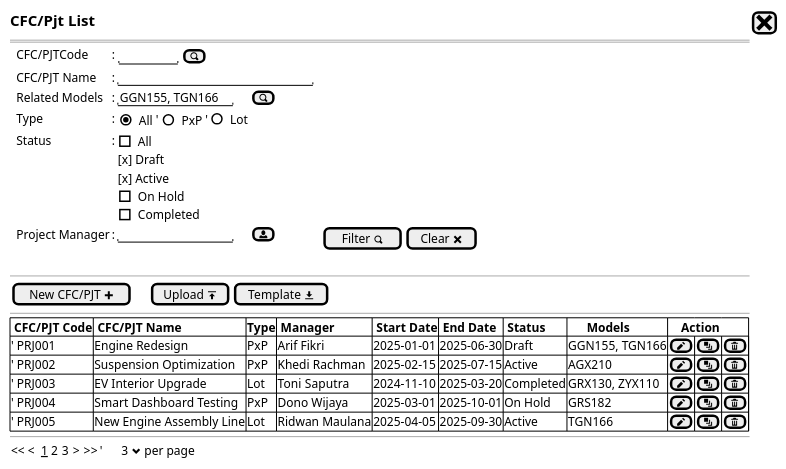
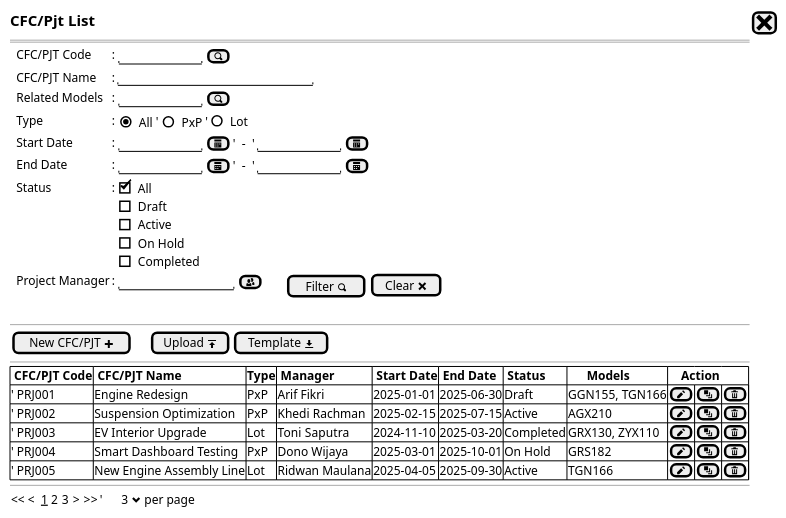
One commit to ari-fikri/packing-cost-mockup changed the diagram in Project/project - new step0b.puml. Above: the diagram before and after it, drawn with PlantUML. The commit also changed 2 other files, not shown here.

Commit message:
Project CRUD - Add start/end date filter - Add lookup project mgr button - CFC/Pjt Code to replace Project Code in header and field name

```diff
--- a/Project/project - new step0b.puml
+++ b/Project/project - new step0b.puml
@@ -1,39 +1,41 @@
 @startsalt
 {
   <size:15><b>CFC/Pjt List | [<size:25><&x>]|*
   ==
   {
-    .|CFC/PJTCode      |: {|"       "|[<&magnifying-glass>]|}*
+    .|CFC/PJT Code      |: {|"          "|[<&magnifying-glass>]|}*
     .|CFC/PJT Name      |: |"                        "|*    
-    .|Related Models    |: |"GGN155, TGN166"| [<&magnifying-glass>]|*
+    .|Related Models    |: {|"          "| [<&magnifying-glass>]|}*
     .|Type              |: {|{(X)All}   '|    {()PxP}        '|   ()Lot}
+    .|Start Date        |: {"          "|[<&calendar>] |'  -  '| "          "|[<&calendar>]  }*
+    .|End Date          |: {"          "|[<&calendar>] |'  -  '| "          "|[<&calendar>]  }*
     .|Status |:|
     {
-      [ ] All
-      [x] Draft
-      [x] Active
-      [ ] On Hold
-      [ ] Completed
+      [X] All
+      [] Draft
+      [] Active
+      [] On Hold
+      [] Completed
     }|*
-    .|Project Manager |: |"              "|[<&person>]|.|[Filter <&magnifying-glass>]|[Clear <&x>]
+    .|Project Manager |: {|"              "|[<&people>]|.|.|.|.||[Filter <&magnifying-glass>]}|[Clear <&x>]
   }
   .
   --
   {
   [New CFC/PJT <&plus>]|.|.|.|[Upload <&data-transfer-upload>]| [Template <&data-transfer-download>]|*
   }
   --
   {#
     |<b> CFC/PJT Code |<b> CFC/PJT Name          |<b>Type|<b> Manager         |<b> Start Date |<b> End Date   |<b> Status     |<b>      Models     |<b>    Action |*|*|*|*|*|*|*
     |' PRJ001            | Engine Redesign          |PxP    | Arif Fikri         | 2025-01-01    | 2025-06-30    | Draft         | GGN155, TGN166     |[<&pencil>]|[<&layers>]|[<&trash>]|*
     |' PRJ002            | Suspension Optimization  |PxP    | Khedi Rachman      | 2025-02-15    | 2025-07-15    | Active        | AGX210             |[<&pencil>]|[<&layers>]|[<&trash>]|*
     |' PRJ003            | EV Interior Upgrade      |Lot    | Toni Saputra       | 2024-11-10    | 2025-03-20    | Completed     | GRX130, ZYX110     |[<&pencil>]|[<&layers>]|[<&trash>]|*
     |' PRJ004            | Smart Dashboard Testing  |PxP    | Dono Wijaya        | 2025-03-01    | 2025-10-01    | On Hold       | GRS182             |[<&pencil>]|[<&layers>]|[<&trash>]|*
     |' PRJ005            | New Engine Assembly Line |Lot    | Ridwan Maulana     | 2025-04-05    | 2025-09-30    | Active        | TGN166             |[<&pencil>]|[<&layers>]|[<&trash>]|*
   }
   --
   {
   << <  __1__ 2 3  > >>  |'      3 <&chevron-bottom> per page |*
   }
 }
 @endsalt
```
